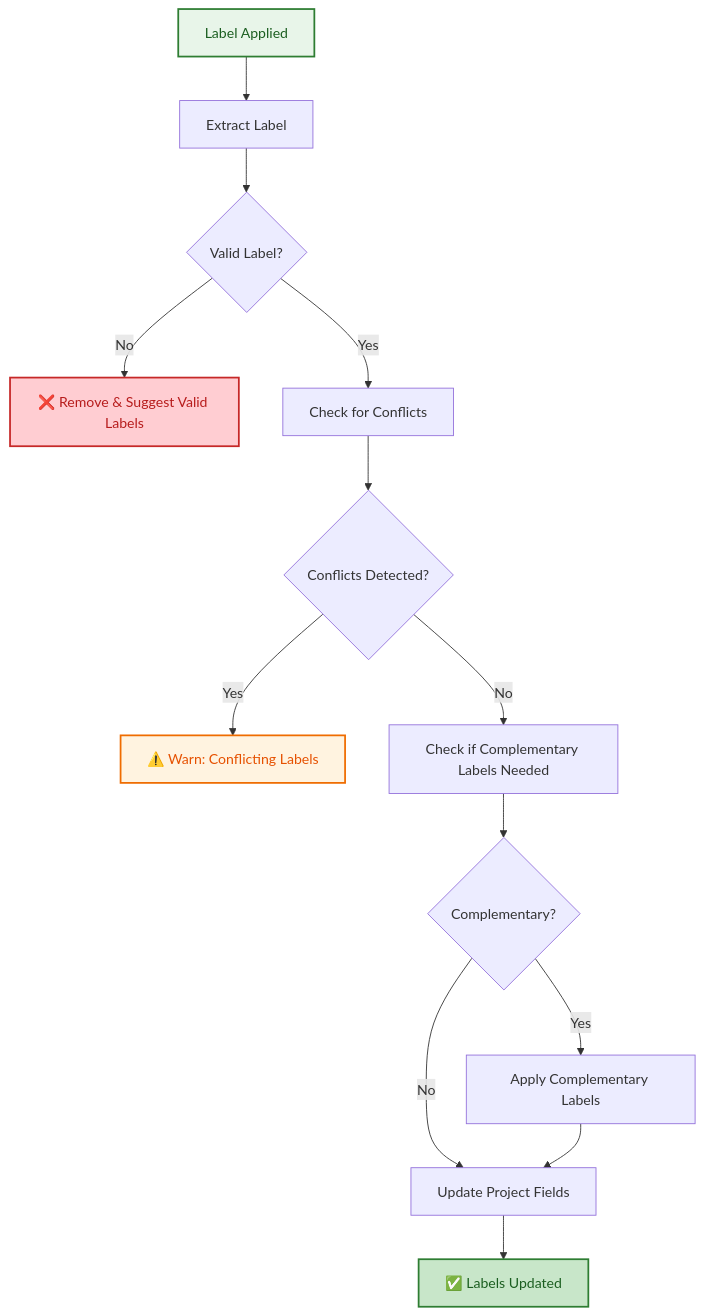
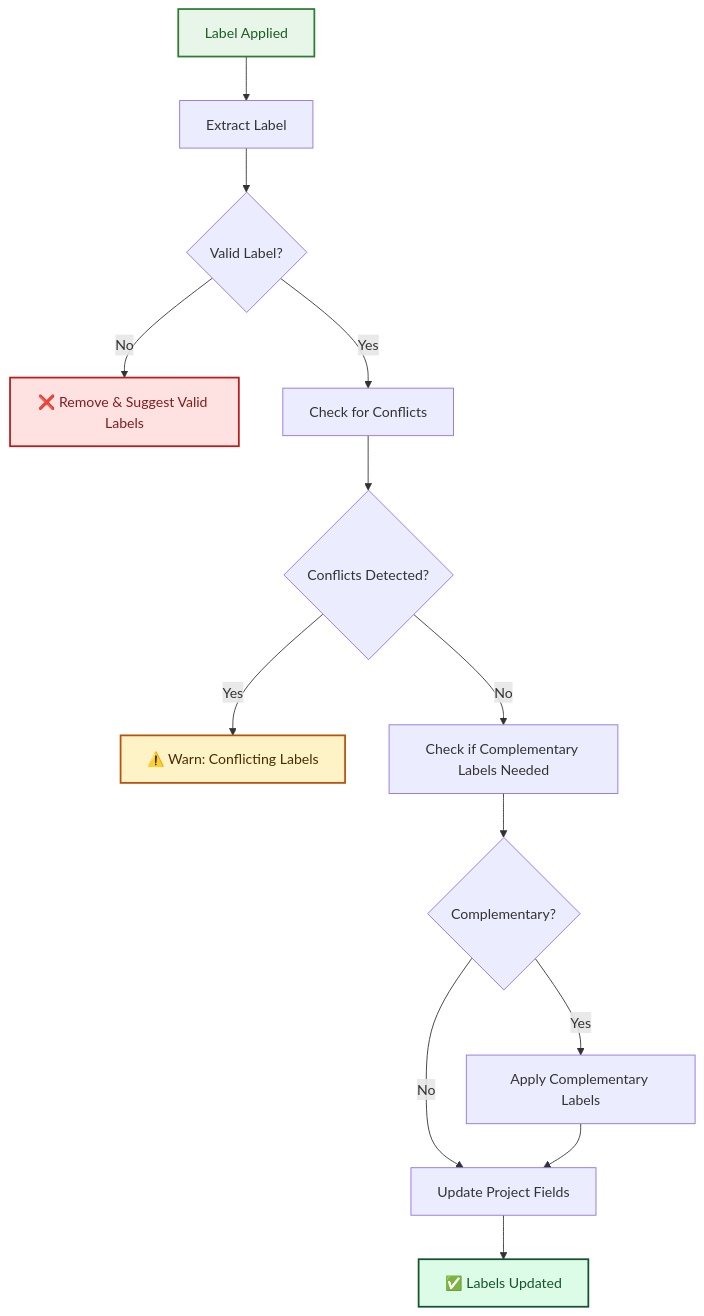
Before and after one commit to lightspeedwp/.github: the second of 3 diagrams in .github/projects/active/automation-consolidation-agentic-workflows-2026-09/ISSUE_MANAGEMENT_AGENT_SPEC.md, drawn with Mermaid. The commit also changed other lines of this file and 181 other files, not shown here.

Commit message:
docs: maintenance updates (Mermaid + staleness)

````diff
--- a/.github/projects/active/automation-consolidation-agentic-workflows-2026-09/ISSUE_MANAGEMENT_AGENT_SPEC.md
+++ b/.github/projects/active/automation-consolidation-agentic-workflows-2026-09/ISSUE_MANAGEMENT_AGENT_SPEC.md
@@ -153,26 +153,26 @@
 ```mermaid
 graph TD
     accTitle: Issue labeled manually decision tree
     accDescr: Flowchart for manual label application with validation, conflict detection, and complementary label checking
     A["Label Applied"] --> B["Extract Label"]
     B --> C{Valid Label?}
     
     C -->|No| D["❌ Remove & Suggest Valid Labels"]
     C -->|Yes| E["Check for Conflicts"]
     
     E --> F{Conflicts Detected?}
     F -->|Yes| G["⚠️ Warn: Conflicting Labels"]
     F -->|No| H["Check if Complementary Labels Needed"]
     
     H --> I{Complementary?}
     I -->|Yes| J["Apply Complementary Labels"]
     I -->|No| K["Update Project Fields"]
     
     J --> K
     K --> L["✅ Labels Updated"]
     
     style A fill:#E8F5E9,stroke:#2E7D32,stroke-width:2px,color:#1B5E20
-    style L fill:#C8E6C9,stroke:#2E7D32,stroke-width:2px,color:#1B5E20
-    style D fill:#FFCDD2,stroke:#C62828,stroke-width:2px,color:#B71C1C
-    style G fill:#FFF3E0,stroke:#EF6C00,stroke-width:2px,color:#E65100
+    style L fill:#dcfce7,stroke:#14532d,stroke-width:2px,color:#14532d
+    style D fill:#fee2e2,stroke:#b91c1c,stroke-width:2px,color:#7f1d1d
+    style G fill:#fef3c7,stroke:#b45309,stroke-width:2px,color:#4a2c00
 ```
````
